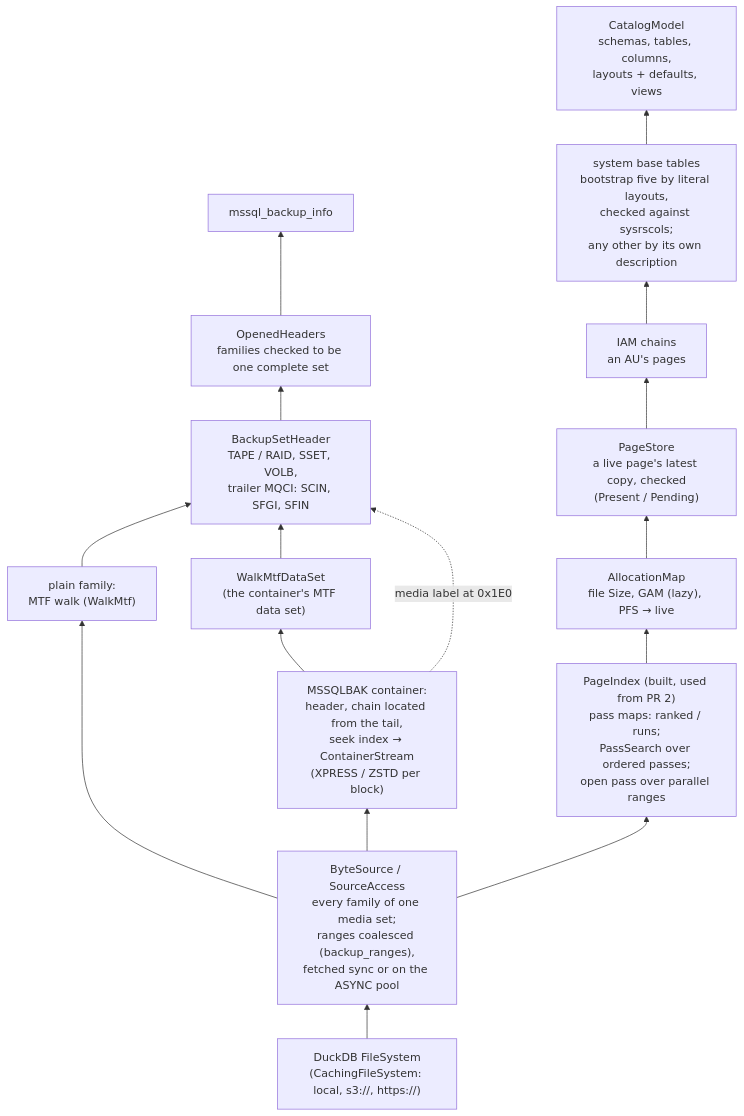
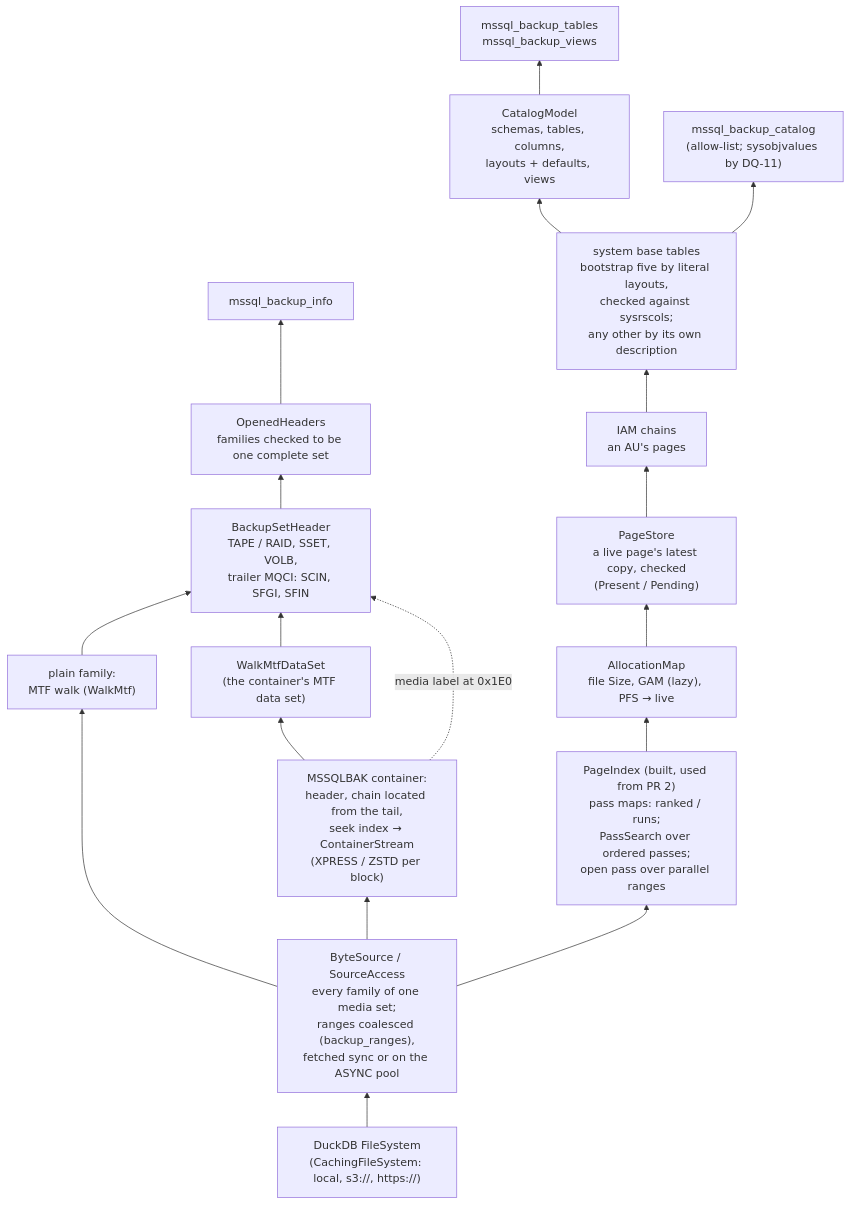
Before and after one commit to hugr-lab/mssql-extension: diagram 19 of 20 in DATAMODEL.md, drawn with Mermaid. The commit also changed other lines of this file and 27 other files, not shown here.

````diff
--- a/DATAMODEL.md
+++ b/DATAMODEL.md
@@ -1402,18 +1402,20 @@
 ```mermaid
 flowchart BT
   fs["DuckDB FileSystem<br/>(CachingFileSystem: local, s3://, https://)"] --> src["ByteSource / SourceAccess<br/>every family of one media set;<br/>ranges coalesced (backup_ranges),<br/>fetched sync or on the ASYNC pool"]
   src --> plain["plain family:<br/>MTF walk (WalkMtf)"]
   src --> cont["MSSQLBAK container:<br/>header, chain located from the tail,<br/>seek index → ContainerStream<br/>(XPRESS / ZSTD per block)"]
   cont --> ds["WalkMtfDataSet<br/>(the container's MTF data set)"]
   plain --> set["BackupSetHeader<br/>TAPE / RAID, SSET, VOLB,<br/>trailer MQCI: SCIN, SFGI, SFIN"]
   ds --> set
   cont -. media label at 0x1E0 .-> set
   set --> opened["OpenedHeaders<br/>families checked to be one complete set"]
   opened --> info["mssql_backup_info"]
   src --> idx["PageIndex (built, used from PR 2)<br/>pass maps: ranked / runs;<br/>PassSearch over ordered passes;<br/>open pass over parallel ranges"]
   idx --> alloc["AllocationMap<br/>file Size, GAM (lazy), PFS → live"]
   alloc --> store["PageStore<br/>a live page's latest copy, checked<br/>(Present / Pending)"]
   store --> iam["IAM chains<br/>an AU's pages"]
   iam --> sys["system base tables<br/>bootstrap five by literal layouts,<br/>checked against sysrscols;<br/>any other by its own description"]
   sys --> model["CatalogModel<br/>schemas, tables, columns,<br/>layouts + defaults, views"]
+  model --> tables["mssql_backup_tables<br/>mssql_backup_views"]
+  sys --> basetables["mssql_backup_catalog<br/>(allow-list; sysobjvalues by DQ-11)"]
 ```
````
